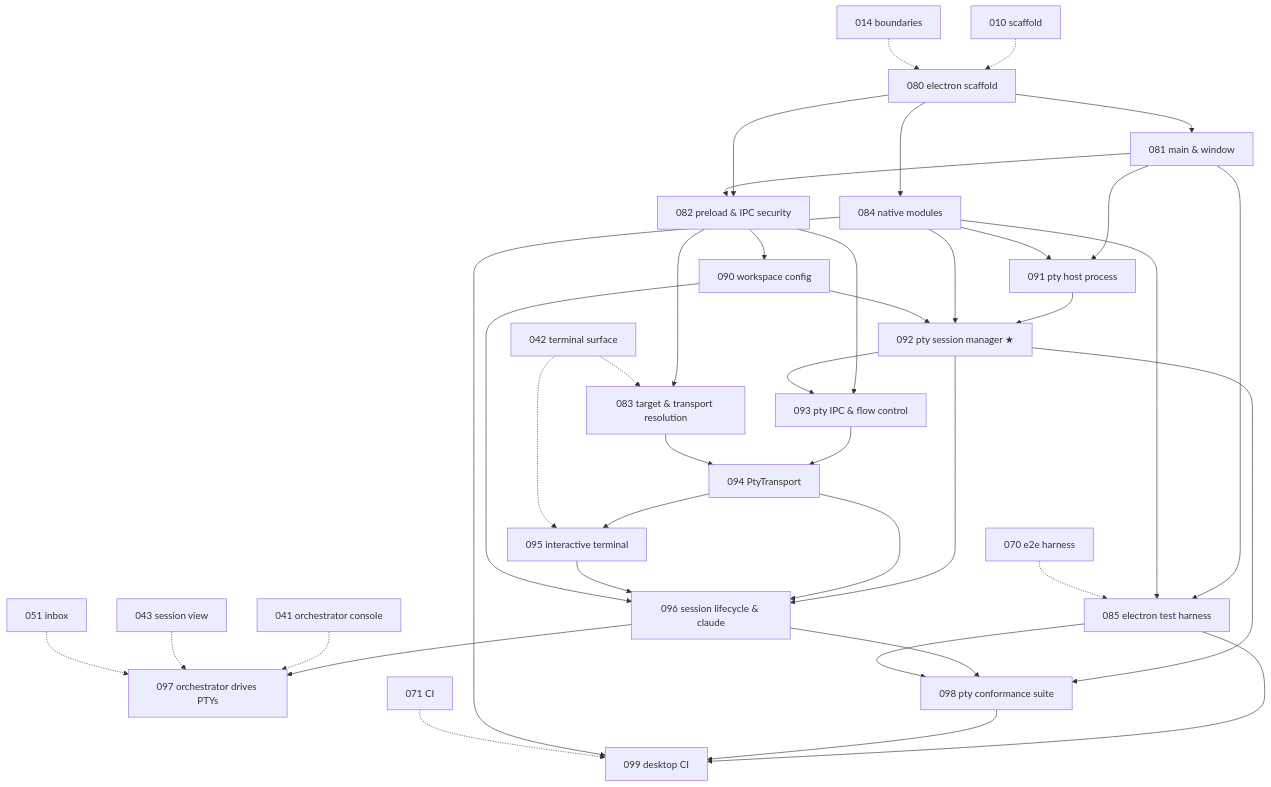
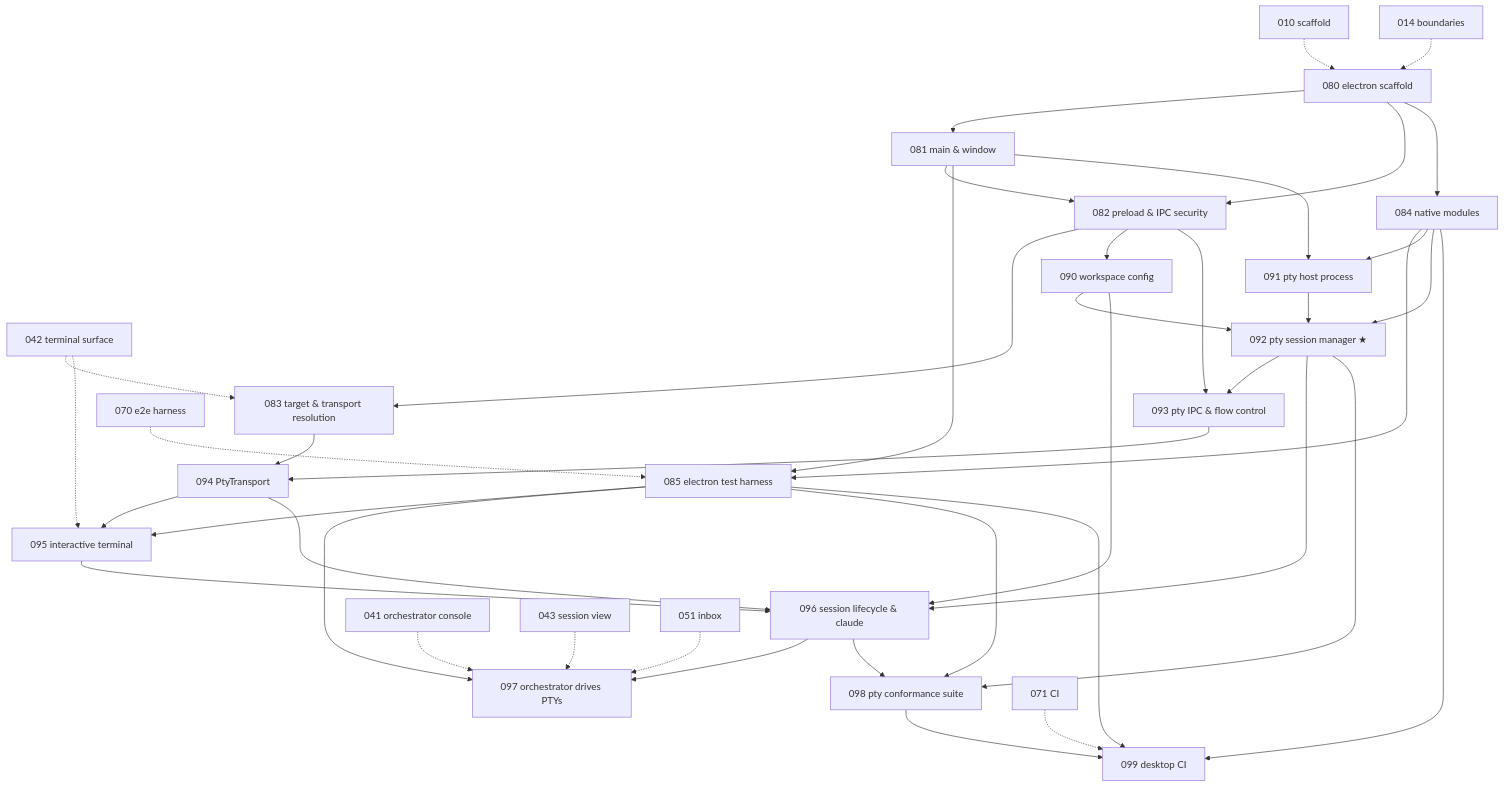
One commit to yunidbauza/the-hive changed the second of 2 diagrams in stories/README.md. Above: the diagram before and after it, drawn with Mermaid. The commit also changed other lines of this file and 4 other files, not shown here.

````diff
--- a/stories/README.md
+++ b/stories/README.md
@@ -170,42 +170,44 @@
 ```mermaid
 graph TD
   S010[010 scaffold] -.-> S080[080 electron scaffold]
   S014[014 boundaries] -.-> S080
   S080 --> S081[081 main & window]
   S080 --> S082[082 preload & IPC security]
   S081 --> S082
   S082 --> S083[083 target & transport resolution]
   S042[042 terminal surface] -.-> S083
   S080 --> S084[084 native modules]
   S081 --> S085[085 electron test harness]
   S084 --> S085
   S070[070 e2e harness] -.-> S085
 
   S082 --> S090[090 workspace config]
   S081 --> S091[091 pty host process]
   S084 --> S091
   S091 --> S092[092 pty session manager ★]
   S084 --> S092
   S090 --> S092
   S082 --> S093[093 pty IPC & flow control]
   S092 --> S093
   S093 --> S094[094 PtyTransport]
   S083 --> S094
   S094 --> S095[095 interactive terminal]
   S042 -.-> S095
+  S085 --> S095
   S092 --> S096[096 session lifecycle & claude]
   S094 --> S096
   S095 --> S096
   S090 --> S096
   S096 --> S097[097 orchestrator drives PTYs]
+  S085 --> S097
   S041[041 orchestrator console] -.-> S097
   S043[043 session view] -.-> S097
   S051[051 inbox] -.-> S097
   S092 --> S098[098 pty conformance suite]
   S096 --> S098
   S085 --> S098
   S085 --> S099[099 desktop CI]
   S098 --> S099
   S084 --> S099
   S071[071 CI] -.-> S099
 ```
````
